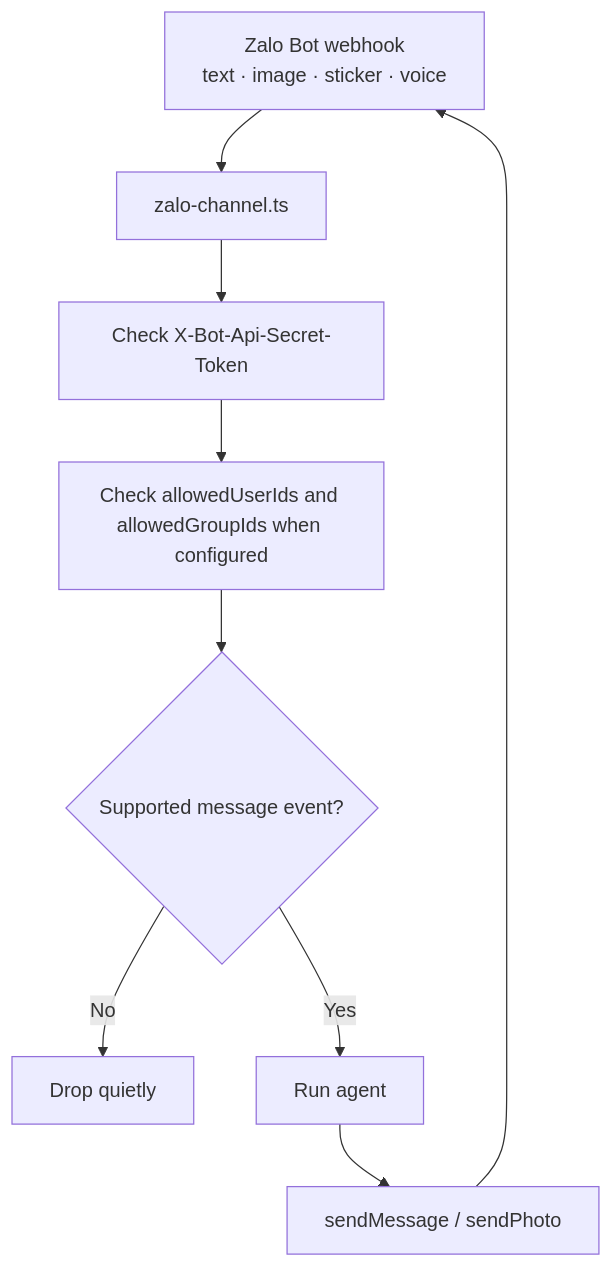
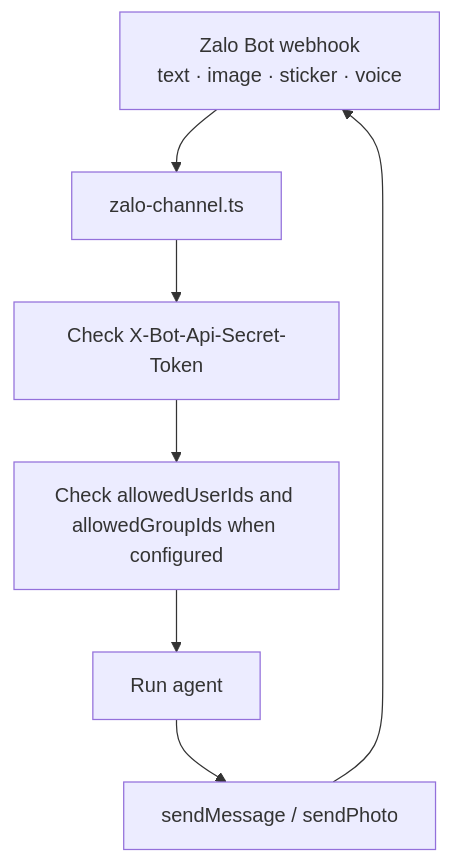
Before and after one commit to beeblastco/broods: the diagram in apps/docs/docs/channels/zalo.md, drawn with Mermaid. The commit also changed other lines of this file and 1 other file, not shown here.

````diff
--- a/apps/docs/docs/channels/zalo.md
+++ b/apps/docs/docs/channels/zalo.md
@@ -72,11 +72,9 @@
 ```mermaid
 flowchart TD
   Zalo["Zalo Bot webhook<br/>text · image · sticker · voice"] --> Adapter["zalo-channel.ts"]
   Adapter --> Auth["Check X-Bot-Api-Secret-Token"]
   Auth --> Allow["Check allowedUserIds and allowedGroupIds when configured"]
-  Allow --> Type{"Supported message event?"}
-  Type -- No --> Drop["Drop quietly"]
-  Type -- Yes --> Agent["Run agent"]
+  Allow --> Agent["Run agent"]
   Agent --> Reply["sendMessage / sendPhoto"]
   Reply --> Zalo
 ```
````
